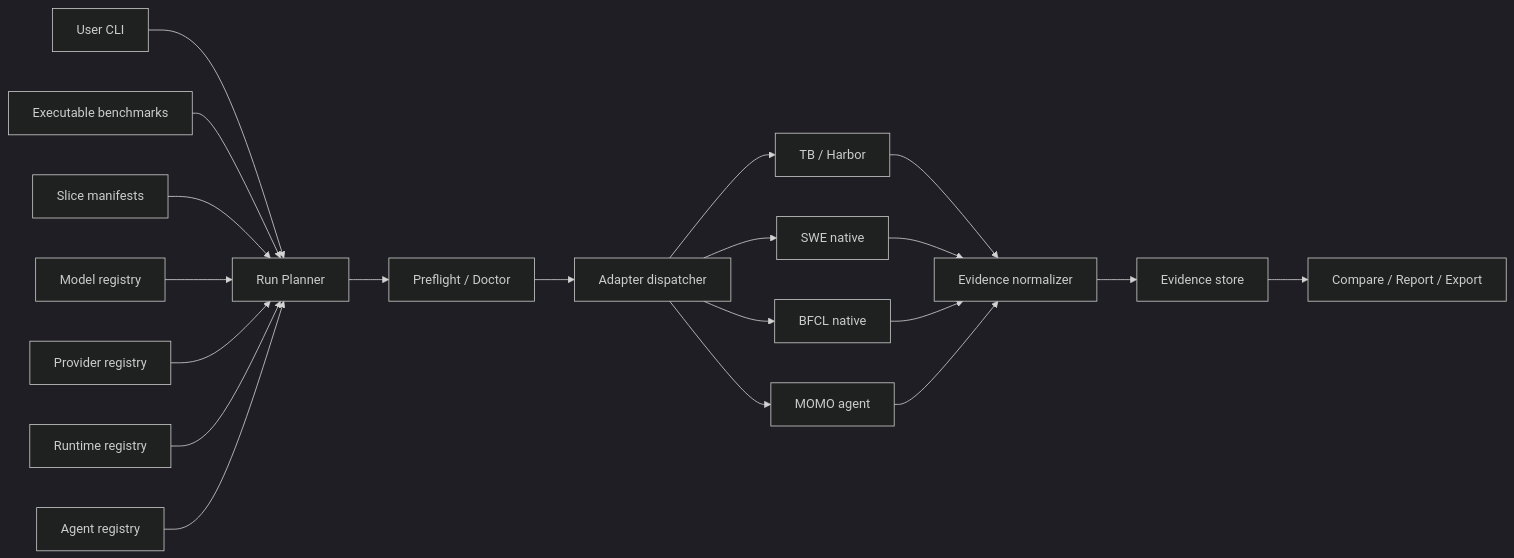
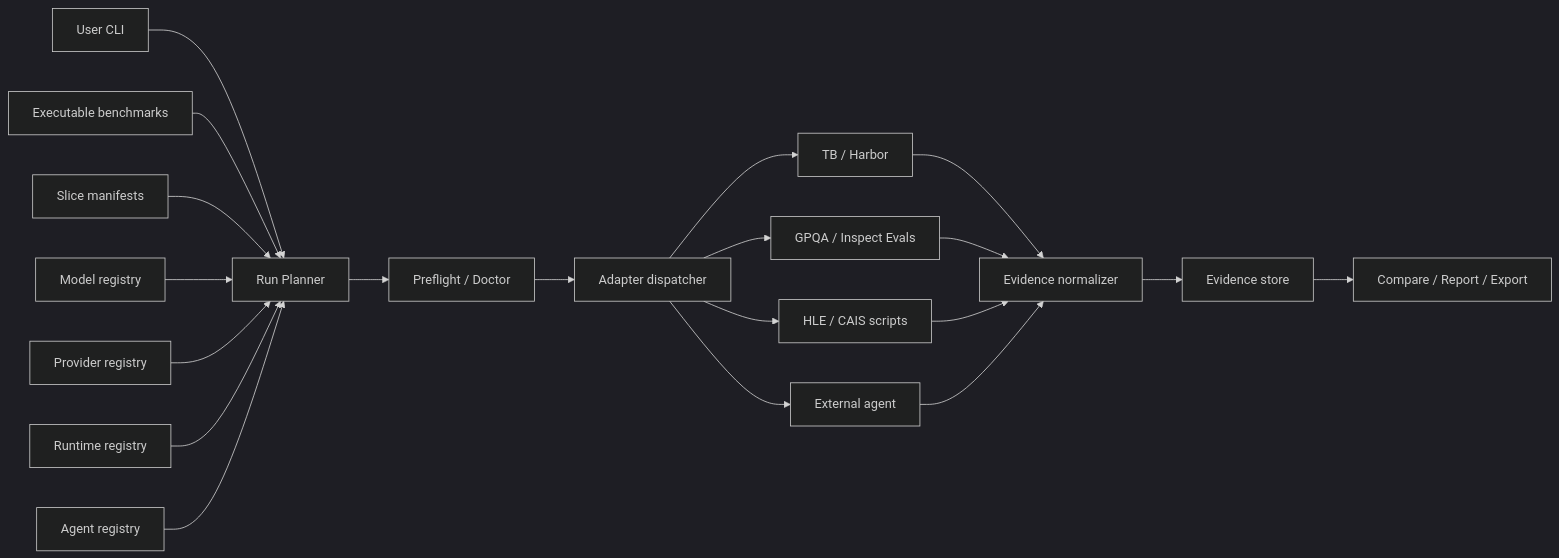
The diagram in docs/architecture.md (Lyther/BenchEval), drawn with Mermaid (dark theme) before and after one commit. The commit also changed other lines of this file and 23 other files, not shown here.

````diff
--- a/docs/architecture.md
+++ b/docs/architecture.md
@@ -50,25 +50,25 @@
 ```mermaid
 flowchart LR
     U[User CLI] --> BP[Run Planner]
     BR[Executable benchmarks] --> BP
     SM[Slice manifests] --> BP
     MR[Model registry] --> BP
     PR[Provider registry] --> BP
     RR[Runtime registry] --> BP
     AG[Agent registry] --> BP
 
     BP --> PF[Preflight / Doctor]
     PF --> AD[Adapter dispatcher]
 
     AD --> A1[TB / Harbor]
-    AD --> A2[SWE native]
-    AD --> A3[BFCL native]
-    AD --> A4[MOMO agent]
+    AD --> A2[GPQA / Inspect Evals]
+    AD --> A3[HLE / CAIS scripts]
+    AD --> A4[External agent]
 
     A1 --> EN[Evidence normalizer]
     A2 --> EN
     A3 --> EN
     A4 --> EN
     EN --> ES[Evidence store]
     ES --> CP[Compare / Report / Export]
 ```
````
